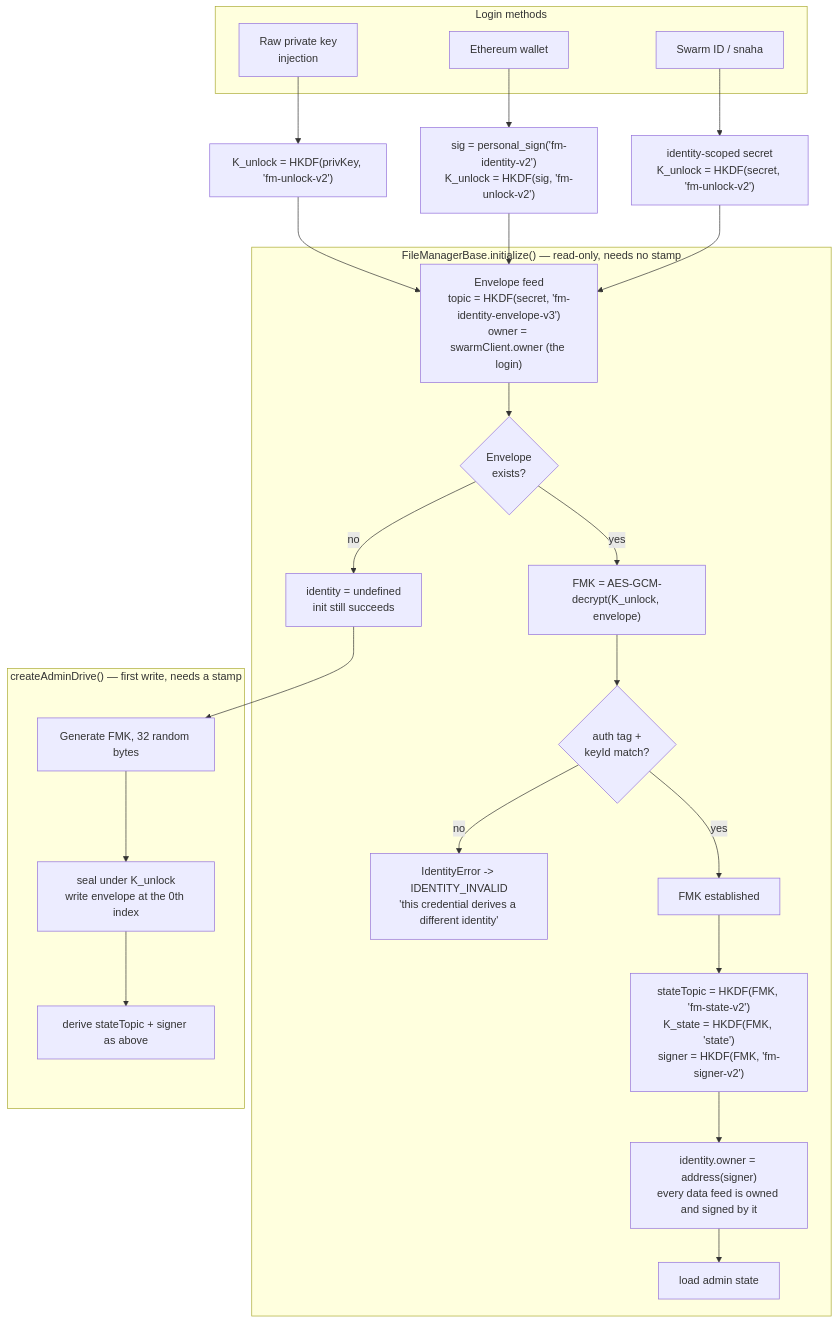
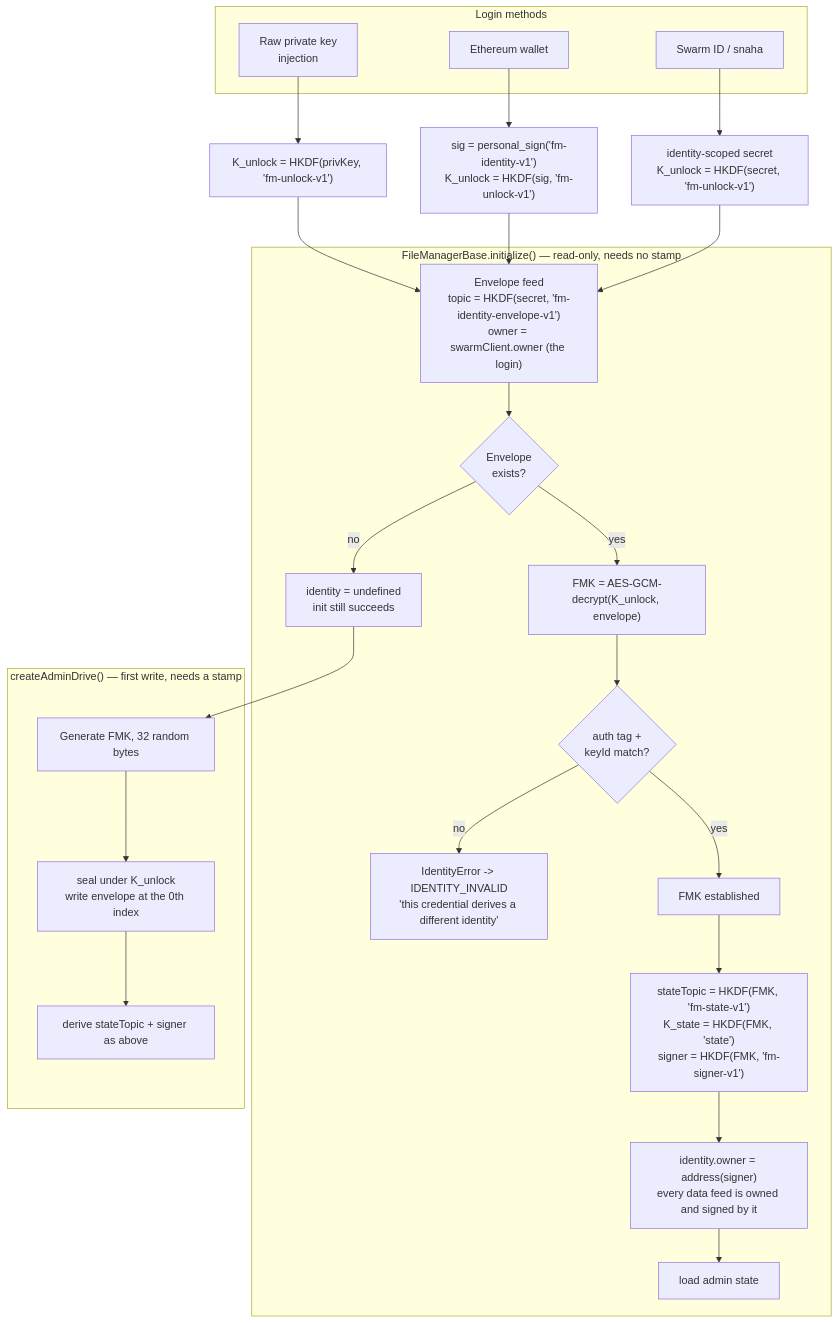
The first of 5 diagrams in encryption-and-act.md (Solar-Punk-Ltd/file-manager-lib), drawn with Mermaid before and after one commit. The commit also changed other lines of this file and 30 other files, not shown here.

First line of the commit message:
fix: identity key derivation errors

````diff
--- a/encryption-and-act.md
+++ b/encryption-and-act.md
@@ -34,36 +34,36 @@
 ```mermaid
 flowchart TD
     subgraph L["Login methods"]
         A1["Raw private key<br/>injection"]
         A2["Ethereum wallet"]
         A3["Swarm ID / snaha"]
     end
 
-    A1 --> B1["K_unlock = HKDF(privKey, 'fm-unlock-v2')"]
-    A2 --> B2["sig = personal_sign('fm-identity-v2')<br/>K_unlock = HKDF(sig, 'fm-unlock-v2')"]
-    A3 --> B3["identity-scoped secret<br/>K_unlock = HKDF(secret, 'fm-unlock-v2')"]
+    A1 --> B1["K_unlock = HKDF(privKey, 'fm-unlock-v1')"]
+    A2 --> B2["sig = personal_sign('fm-identity-v1')<br/>K_unlock = HKDF(sig, 'fm-unlock-v1')"]
+    A3 --> B3["identity-scoped secret<br/>K_unlock = HKDF(secret, 'fm-unlock-v1')"]
 
-    B1 --> C["Envelope feed<br/>topic = HKDF(secret, 'fm-identity-envelope-v3')<br/>owner = swarmClient.owner (the login)"]
+    B1 --> C["Envelope feed<br/>topic = HKDF(secret, 'fm-identity-envelope-v1')<br/>owner = swarmClient.owner (the login)"]
     B2 --> C
     B3 --> C
 
     subgraph INIT["FileManagerBase.initialize() — read-only, needs no stamp"]
         C --> D{"Envelope<br/>exists?"}
         D -->|no| N["identity = undefined<br/>init still succeeds"]
         D -->|yes| F["FMK = AES-GCM-decrypt(K_unlock, envelope)"]
 
         F --> V{"auth tag +<br/>keyId match?"}
         V -->|no| X["IdentityError -> IDENTITY_INVALID<br/>'this credential derives a different identity'"]
         V -->|yes| G["FMK established"]
 
-        G --> H["stateTopic = HKDF(FMK, 'fm-state-v2')<br/>K_state = HKDF(FMK, 'state')<br/>signer = HKDF(FMK, 'fm-signer-v2')"]
+        G --> H["stateTopic = HKDF(FMK, 'fm-state-v1')<br/>K_state = HKDF(FMK, 'state')<br/>signer = HKDF(FMK, 'fm-signer-v1')"]
         H --> I["identity.owner = address(signer)<br/>every data feed is owned and signed by it"]
         I --> S["load admin state"]
     end
 
     N --> P
     subgraph PROV["createAdminDrive() — first write, needs a stamp"]
         P["Generate FMK, 32 random bytes"] --> Q["seal under K_unlock<br/>write envelope at the 0th index"]
         Q --> R["derive stateTopic + signer as above"]
     end
 ```
````
